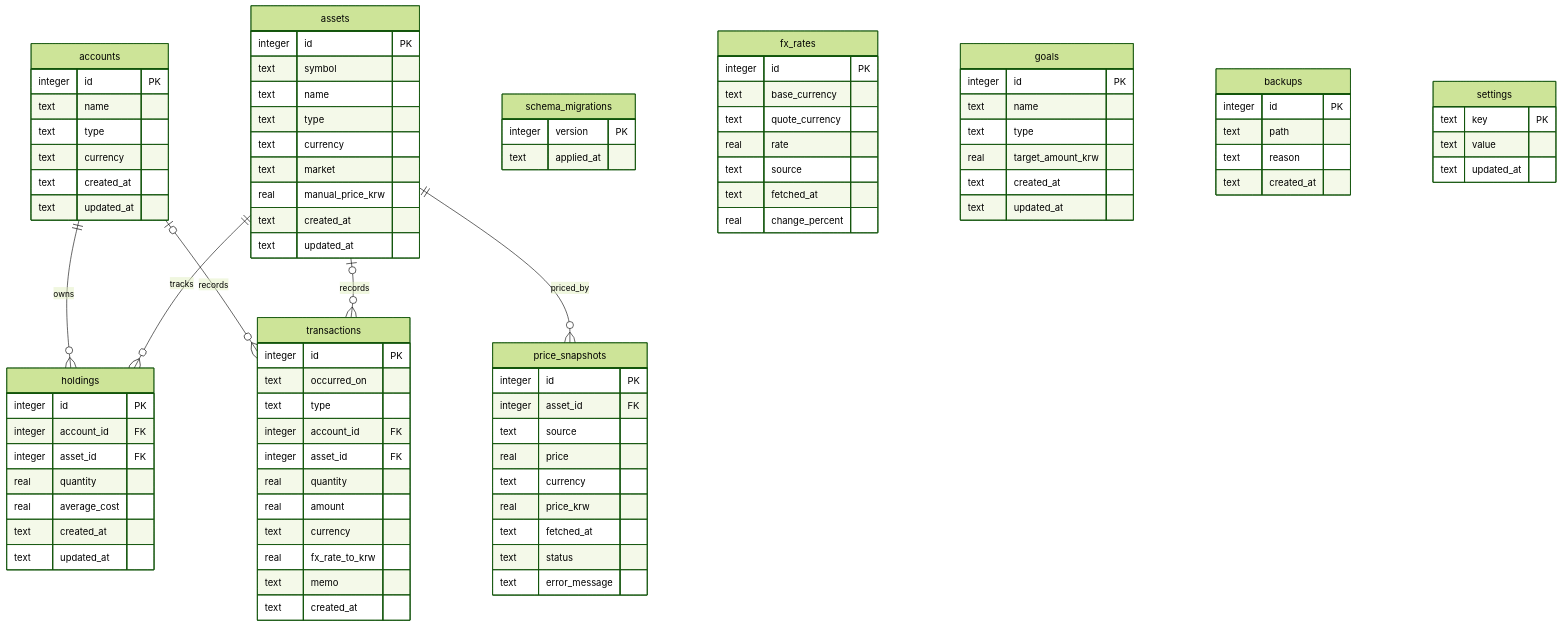
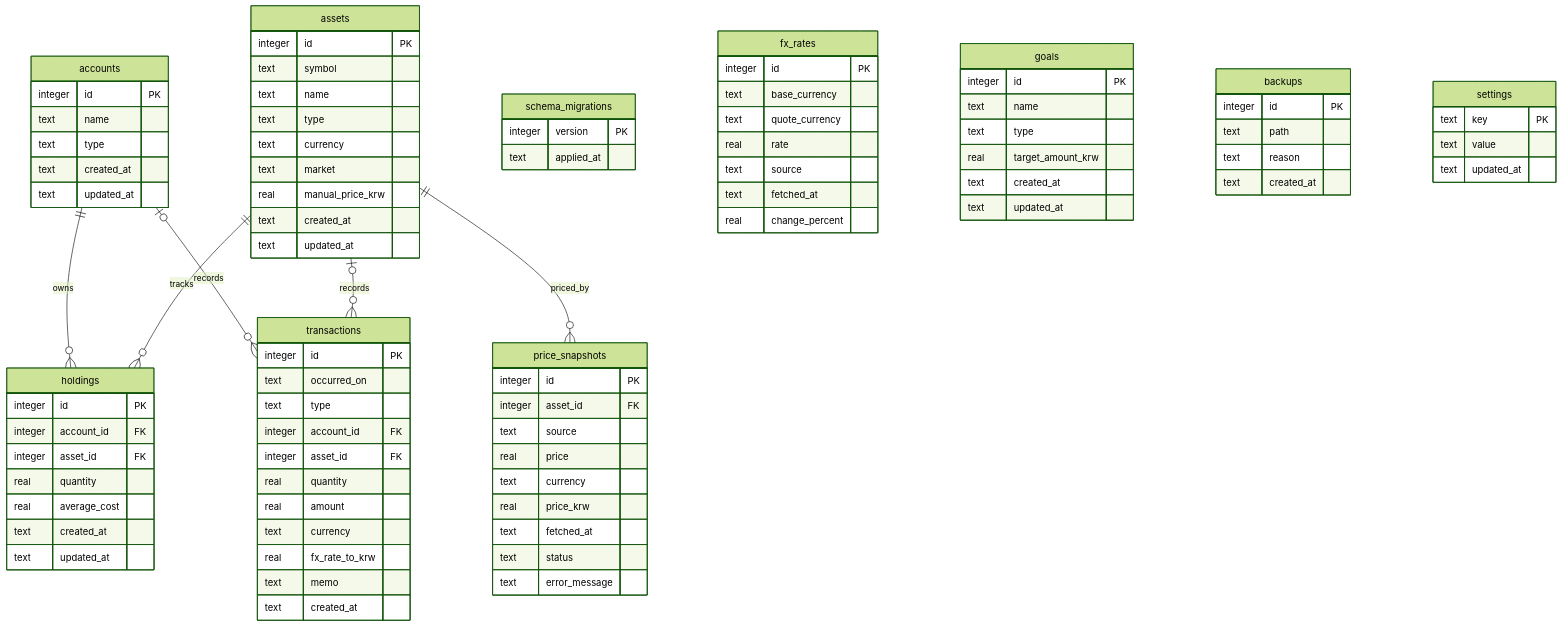
Before and after one commit to OhSuBin13/portfolio: the diagram in docs/db_erd.md, drawn with Mermaid (forest theme). The commit also changed other lines of this file and 14 other files, not shown here.

```diff
--- a/docs/db_erd.md
+++ b/docs/db_erd.md
@@ -20,7 +20,6 @@
         integer id PK
         text name
         text type
-        text currency
         text created_at
         text updated_at
     }
```
